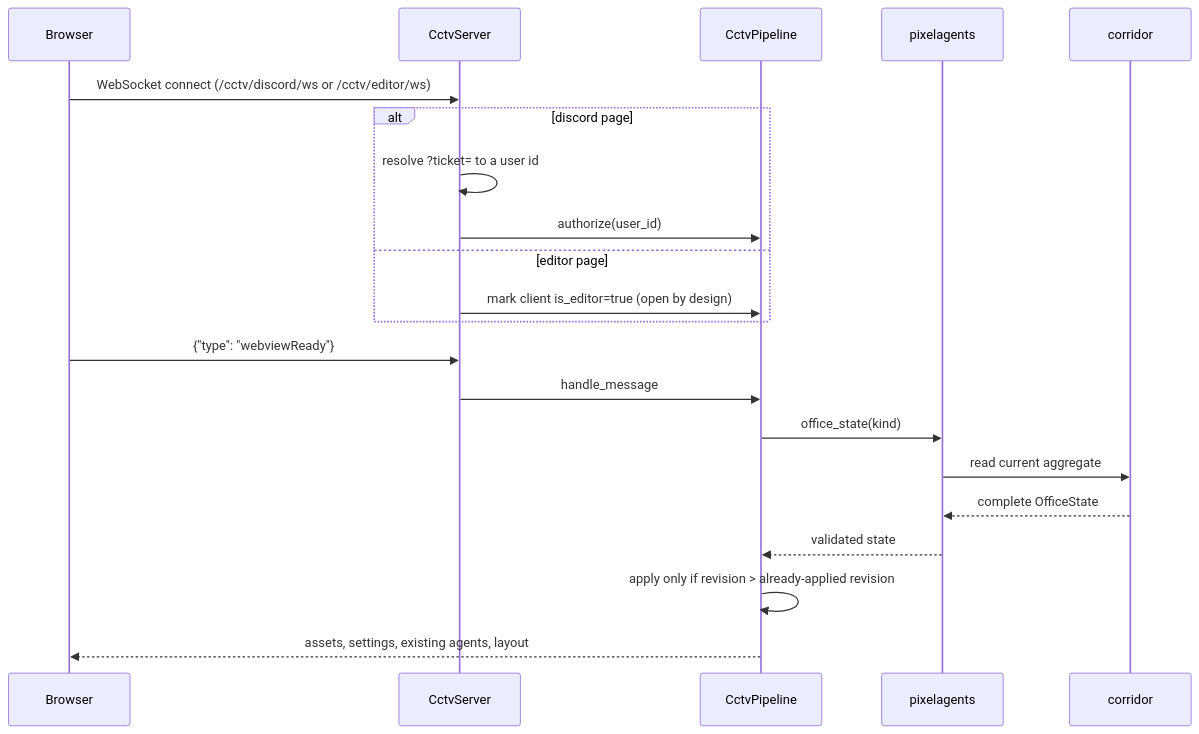
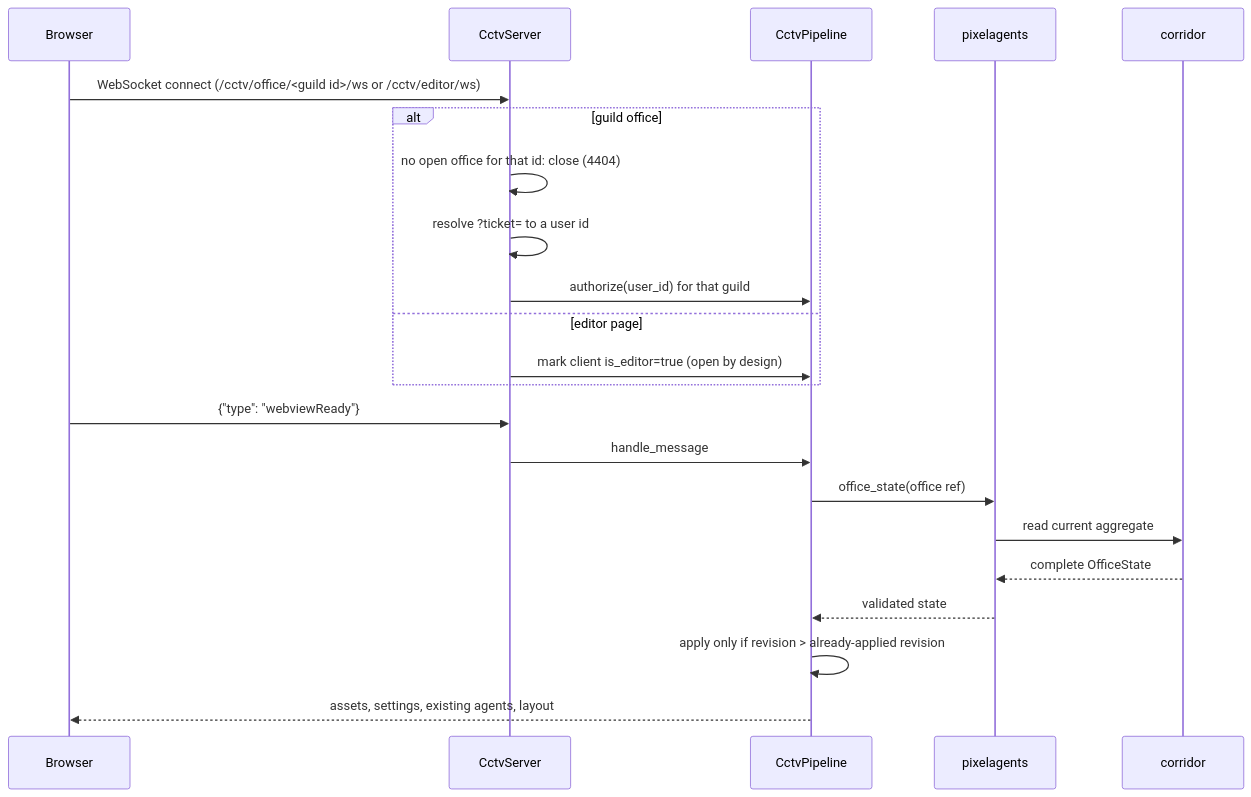
One commit to pixel-agents-hq/pixel-agents-cogs changed the second of 6 diagrams in docs/cctv-design.md. Above: the diagram before and after it, drawn with Mermaid. The commit also changed other lines of this file and 74 other files, not shown here.

First line of the commit message:
feat(cctv,corridor,pixelagents,floorplan): one Pixel Agents office per Discord server (#107)

````diff
--- a/docs/cctv-design.md
+++ b/docs/cctv-design.md
@@ -317,24 +348,25 @@
 ```mermaid
 sequenceDiagram
     participant B as Browser
     participant S as CctvServer
     participant Pi as CctvPipeline
     participant PA as pixelagents
     participant Co as corridor
 
-    B->>S: WebSocket connect (/cctv/discord/ws or /cctv/editor/ws)
-    alt discord page
+    B->>S: WebSocket connect (/cctv/office/<guild id>/ws or /cctv/editor/ws)
+    alt guild office
+        S->>S: no open office for that id: close (4404)
         S->>S: resolve ?ticket= to a user id
-        S->>Pi: authorize(user_id)
+        S->>Pi: authorize(user_id) for that guild
     else editor page
         S->>Pi: mark client is_editor=true (open by design)
     end
     B->>S: {"type": "webviewReady"}
     S->>Pi: handle_message
-    Pi->>PA: office_state(kind)
+    Pi->>PA: office_state(office ref)
     PA->>Co: read current aggregate
     Co-->>PA: complete OfficeState
     PA-->>Pi: validated state
     Pi->>Pi: apply only if revision > already-applied revision
     Pi-->>B: assets, settings, existing agents, layout
 ```
````
